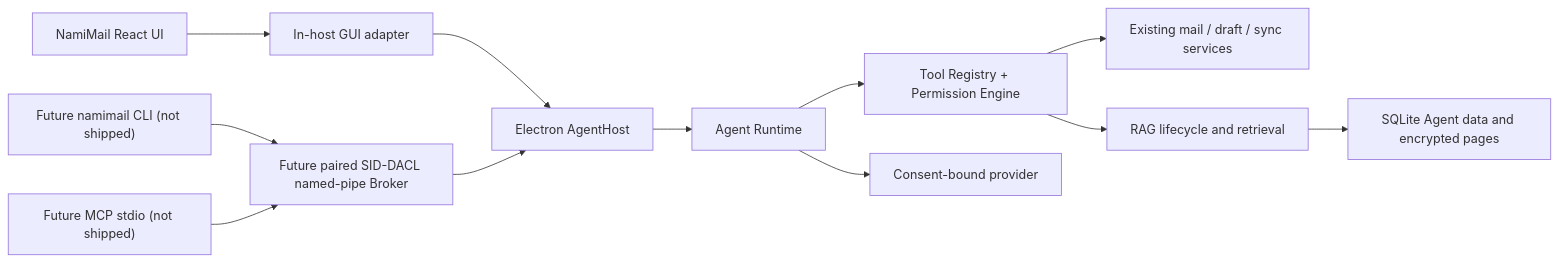
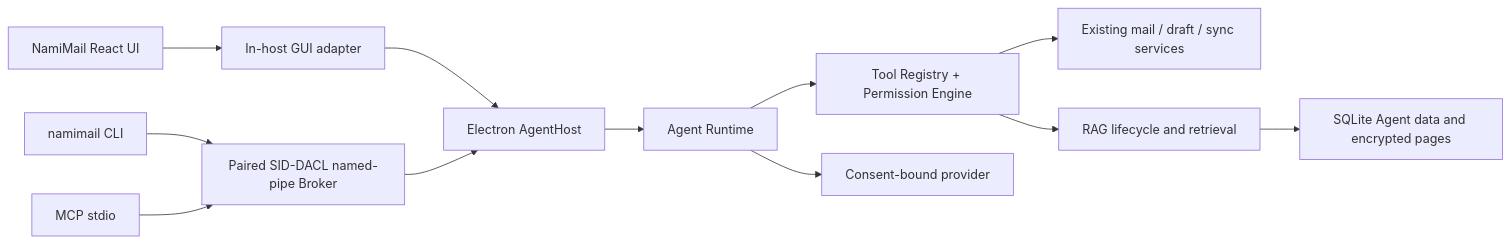
One commit to QinIndexCode/nami-mail changed the diagram in docs/agent/architecture.en.md. Above: the diagram before and after it, drawn with Mermaid. The commit also changed other lines of this file and 479 other files, not shown here.

````diff
--- a/docs/agent/architecture.en.md
+++ b/docs/agent/architecture.en.md
@@ -23,14 +23,14 @@
 ```mermaid
 flowchart LR
   UI["NamiMail React UI"] --> GUI["In-host GUI adapter"]
-  CLI["Future namimail CLI (not shipped)"] --> Broker["Future paired SID-DACL named-pipe Broker"]
-  MCP["Future MCP stdio (not shipped)"] --> Broker
+  CLI["namimail CLI"] --> Broker["Paired SID-DACL named-pipe Broker"]
+  MCP["MCP stdio"] --> Broker
   GUI --> Host["Electron AgentHost"]
   Broker --> Host
   Host --> Runtime["Agent Runtime"]
   Runtime --> Core["Tool Registry + Permission Engine"]
   Core --> Mail["Existing mail / draft / sync services"]
   Core --> RAG["RAG lifecycle and retrieval"]
   Runtime --> Provider["Consent-bound provider"]
   RAG --> Store["SQLite Agent data and encrypted pages"]
 ```
````
